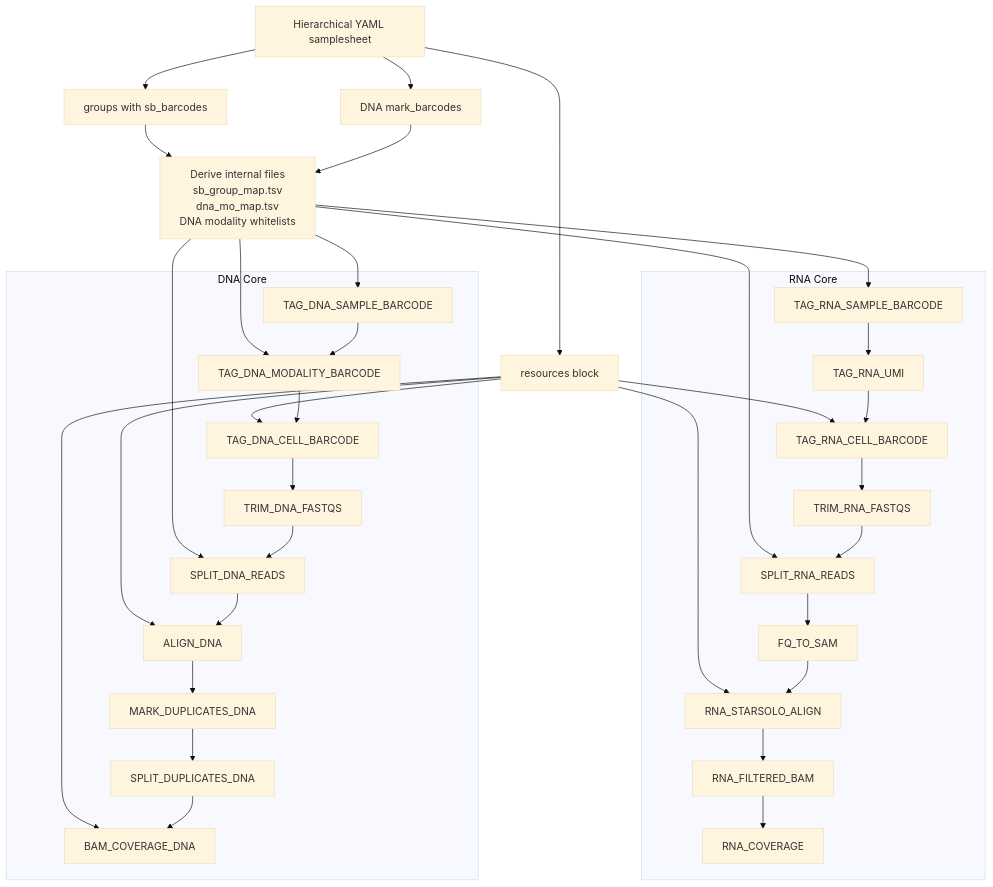
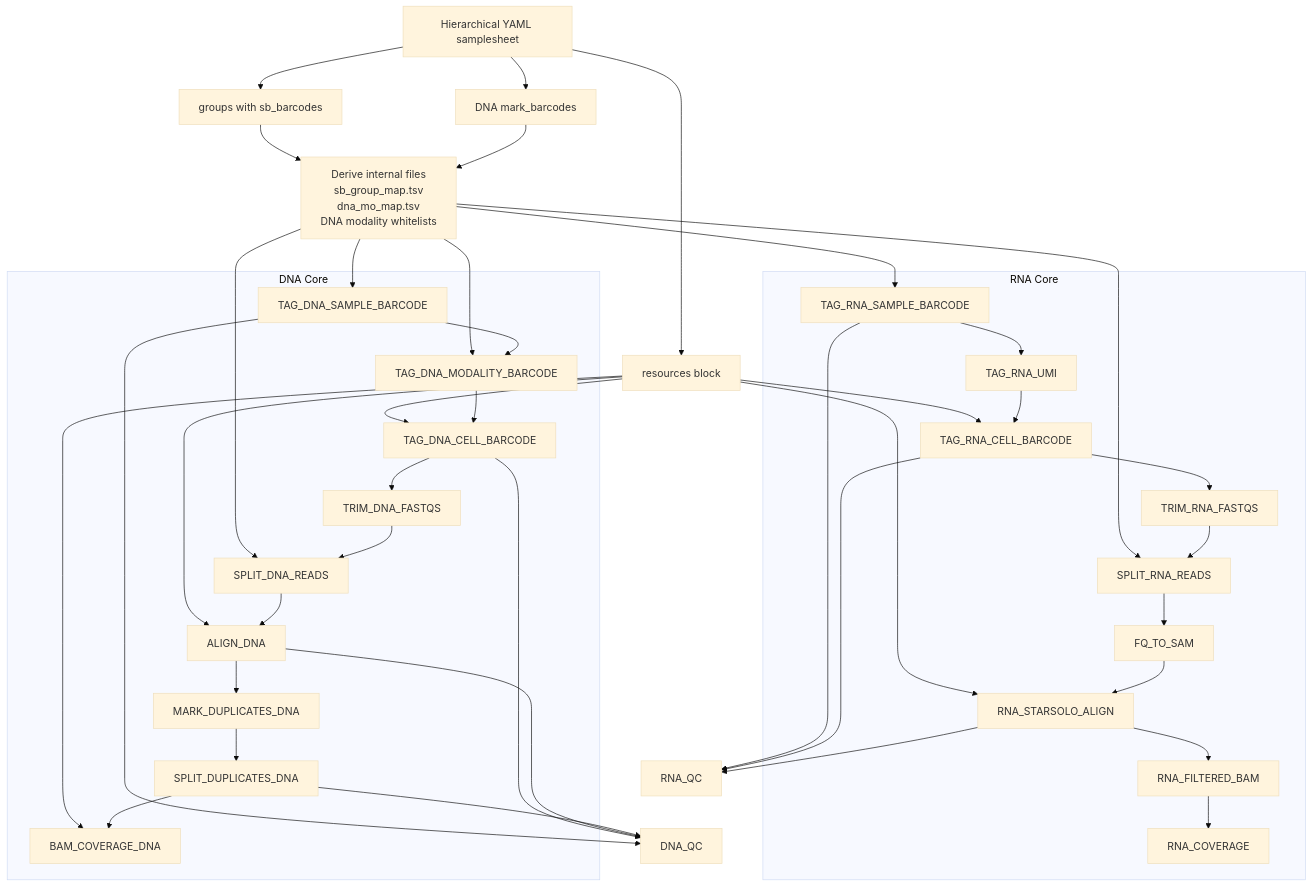
Before and after one commit to CSOgroup/TrESFlow: the diagram in docs/architecture/implemented_pipeline.md, drawn with Mermaid (base theme). The commit also changed other lines of this file and 10 other files, not shown here.

````diff
--- a/docs/architecture/implemented_pipeline.md
+++ b/docs/architecture/implemented_pipeline.md
@@ -8,51 +9,59 @@
 ```mermaid
 flowchart TD
     SS[Hierarchical YAML samplesheet]
     RES[resources block]
     GROUPS[groups with sb_barcodes]
     DNAMARKS[DNA mark_barcodes]
     DERIVE[Derive internal files\nsb_group_map.tsv\ndna_mo_map.tsv\nDNA modality whitelists]
 
     SS --> RES
     SS --> GROUPS
     SS --> DNAMARKS
     GROUPS --> DERIVE
     DNAMARKS --> DERIVE
 
     RES --> RNA2
     RES --> RNA6
     RES --> DNA2
     RES --> DNA5
     RES --> DNA8
     DERIVE --> RNA0
     DERIVE --> RNA4
     DERIVE --> DNA0
     DERIVE --> DNA1
     DERIVE --> DNA4
 
     subgraph RNA_Core[RNA Core]
         RNA0[TAG_RNA_SAMPLE_BARCODE]
         RNA1[TAG_RNA_UMI]
         RNA2[TAG_RNA_CELL_BARCODE]
         RNA3[TRIM_RNA_FASTQS]
         RNA4[SPLIT_RNA_READS]
         RNA5[FQ_TO_SAM]
         RNA6[RNA_STARSOLO_ALIGN]
         RNA7[RNA_FILTERED_BAM]
         RNA8[RNA_COVERAGE]
         RNA0 --> RNA1 --> RNA2 --> RNA3 --> RNA4 --> RNA5 --> RNA6 --> RNA7 --> RNA8
     end
 
     subgraph DNA_Core[DNA Core]
         DNA0[TAG_DNA_SAMPLE_BARCODE]
         DNA1[TAG_DNA_MODALITY_BARCODE]
         DNA2[TAG_DNA_CELL_BARCODE]
         DNA3[TRIM_DNA_FASTQS]
         DNA4[SPLIT_DNA_READS]
         DNA5[ALIGN_DNA]
         DNA6[MARK_DUPLICATES_DNA]
         DNA7[SPLIT_DUPLICATES_DNA]
         DNA8[BAM_COVERAGE_DNA]
         DNA0 --> DNA1 --> DNA2 --> DNA3 --> DNA4 --> DNA5 --> DNA6 --> DNA7 --> DNA8
     end
+
+    RNA0 --> RNAQC[RNA_QC]
+    RNA2 --> RNAQC
+    RNA6 --> RNAQC
+    DNA0 --> DNAQC[DNA_QC]
+    DNA2 --> DNAQC
+    DNA5 --> DNAQC
+    DNA7 --> DNAQC
 ```
````
